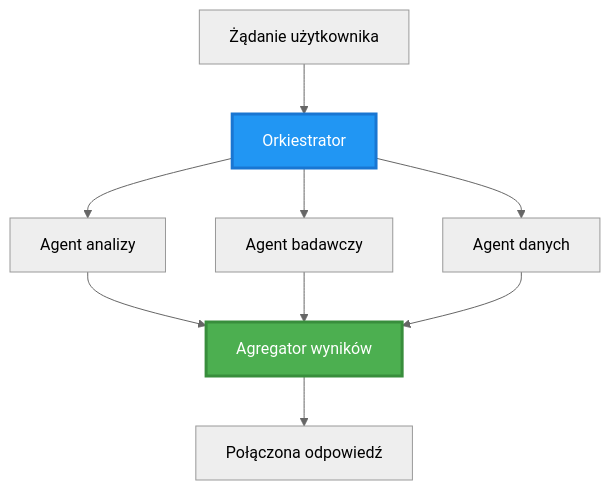
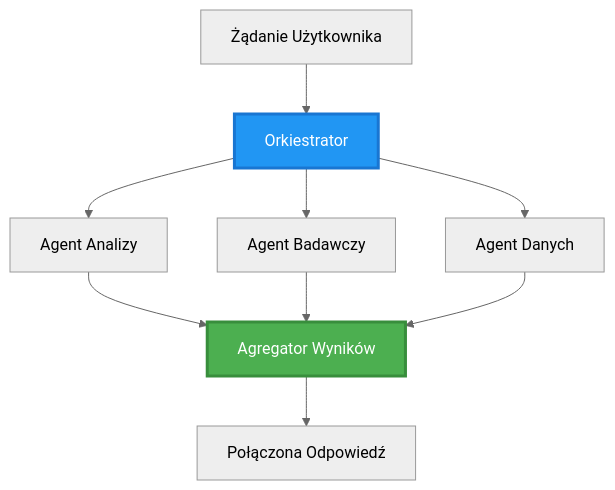
Before and after one commit to microsoft/AZD-for-beginners: the second of 6 diagrams in translations/pl/docs/chapter-06-pre-deployment/coordination-patterns.md, drawn with Mermaid (neutral theme). The commit also changed other lines of this file and 101 other files, not shown here.

````diff
--- a/translations/pl/docs/chapter-06-pre-deployment/coordination-patterns.md
+++ b/translations/pl/docs/chapter-06-pre-deployment/coordination-patterns.md
@@ -106,22 +100,22 @@
 ```mermaid
 graph TB
-    User[Żądanie użytkownika]
+    User[Żądanie Użytkownika]
     Orchestrator[Orkiestrator]
-    Agent1[Agent analizy]
-    Agent2[Agent badawczy]
-    Agent3[Agent danych]
-    Aggregator[Agregator wyników]
-    Response[Połączona odpowiedź]
+    Agent1[Agent Analizy]
+    Agent2[Agent Badawczy]
+    Agent3[Agent Danych]
+    Aggregator[Agregator Wyników]
+    Response[Połączona Odpowiedź]
     
     User --> Orchestrator
     Orchestrator --> Agent1
     Orchestrator --> Agent2
     Orchestrator --> Agent3
     Agent1 --> Aggregator
     Agent2 --> Aggregator
     Agent3 --> Aggregator
     Aggregator --> Response
     
     style Orchestrator fill:#2196F3,stroke:#1976D2,stroke-width:3px,color:#fff
     style Aggregator fill:#4CAF50,stroke:#388E3C,stroke-width:3px,color:#fff
 ```
````
